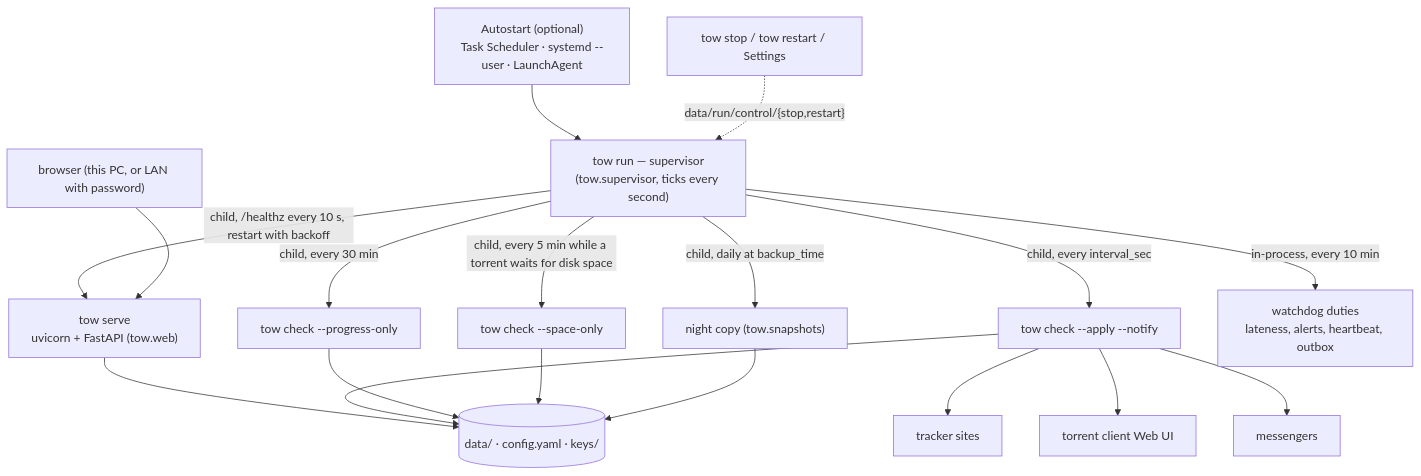
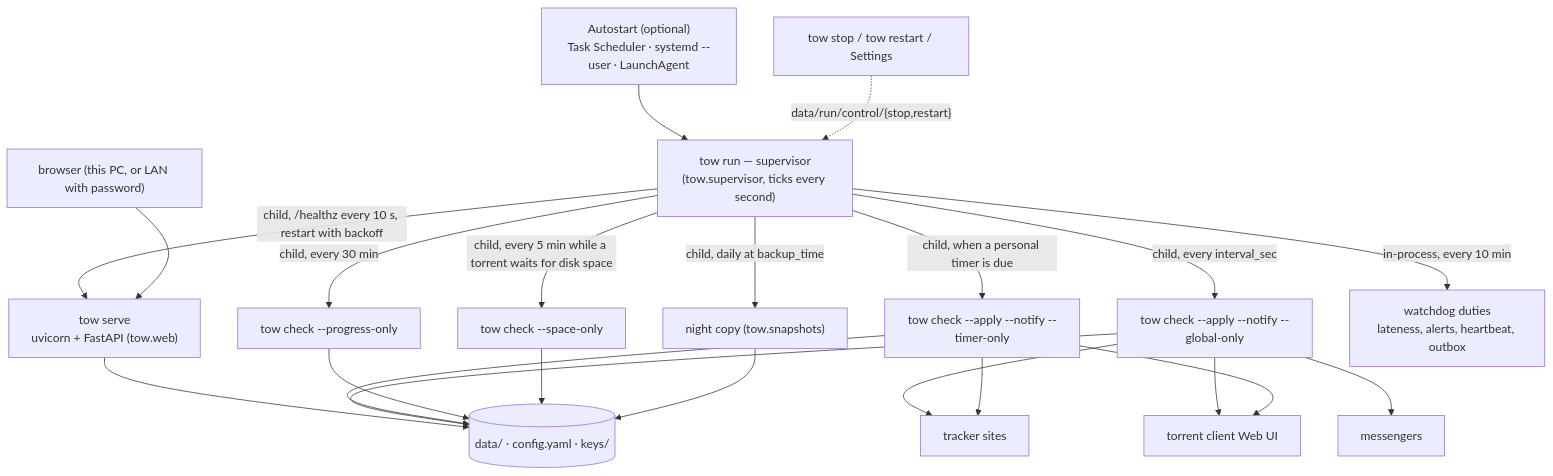
Before and after one commit to d0j/tow: the diagram in docs/architecture.md, drawn with Mermaid. The commit also changed other lines of this file and 3 other files, not shown here.

````diff
--- a/docs/architecture.md
+++ b/docs/architecture.md
@@ -9,21 +9,25 @@
 ```mermaid
 flowchart TD
     OS["Autostart (optional)<br/>Task Scheduler · systemd --user · LaunchAgent"] --> RUN
     CLI["tow stop / tow restart / Settings"] -. "data/run/control/{stop,restart}" .-> RUN
     RUN["tow run — supervisor<br/>(tow.supervisor, ticks every second)"]
     RUN -->|child, /healthz every 10 s, restart with backoff| SERVE["tow serve<br/>uvicorn + FastAPI (tow.web)"]
-    RUN -->|child, every interval_sec| CHECK["tow check --apply --notify"]
+    RUN -->|child, every interval_sec| CHECK["tow check --apply --notify --global-only"]
+    RUN -->|child, when a personal timer is due| TIMER["tow check --apply --notify --timer-only"]
     RUN -->|child, every 30 min| PROG["tow check --progress-only"]
     RUN -->|child, every 5 min while a torrent waits for disk space| SPACE["tow check --space-only"]
     RUN -->|child, daily at backup_time| NIGHT["night copy (tow.snapshots)"]
     RUN -->|in-process, every 10 min| WD["watchdog duties<br/>lateness, alerts, heartbeat, outbox"]
     SERVE --> DATA[("data/ · config.yaml · keys/")]
     CHECK --> DATA
+    TIMER --> DATA
     PROG --> DATA
     SPACE --> DATA
     NIGHT --> DATA
     CHECK --> TRK["tracker sites"]
+    TIMER --> TRK
     CHECK --> CL["torrent client Web UI"]
+    TIMER --> CL
     CHECK --> MSG["messengers"]
     BROWSER["browser (this PC, or LAN with password)"] --> SERVE
 ```
````
